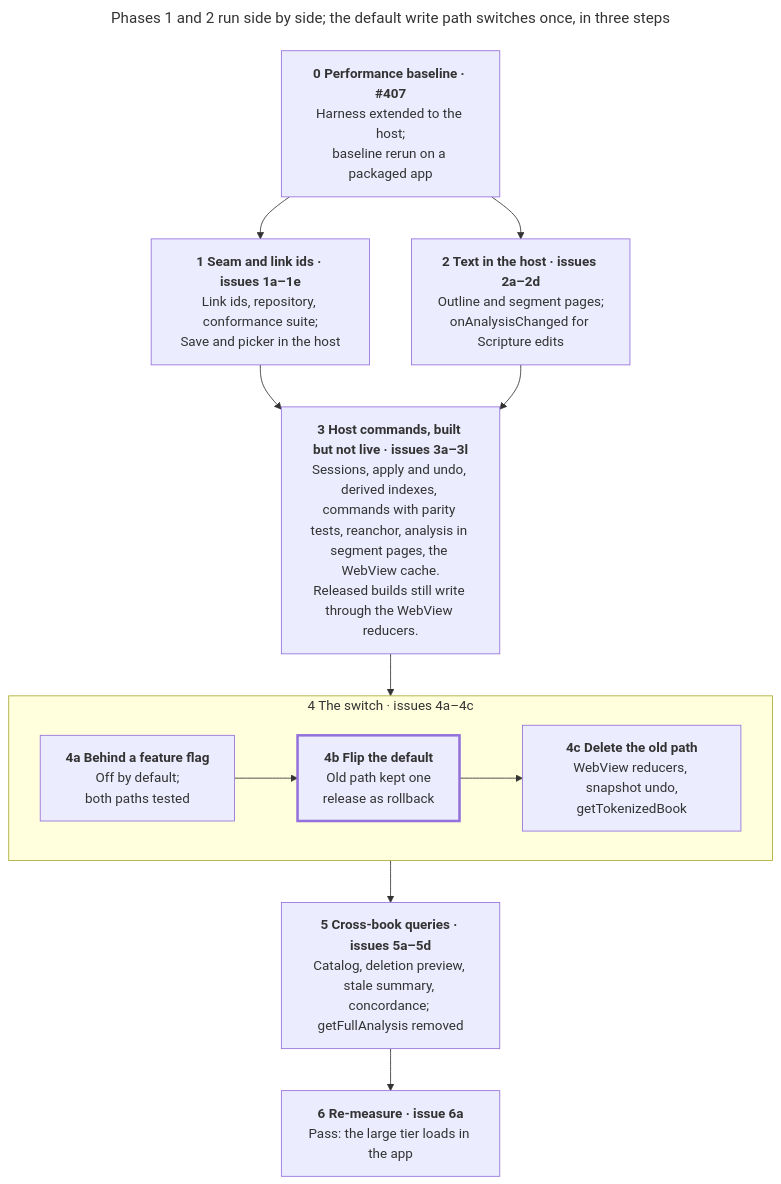
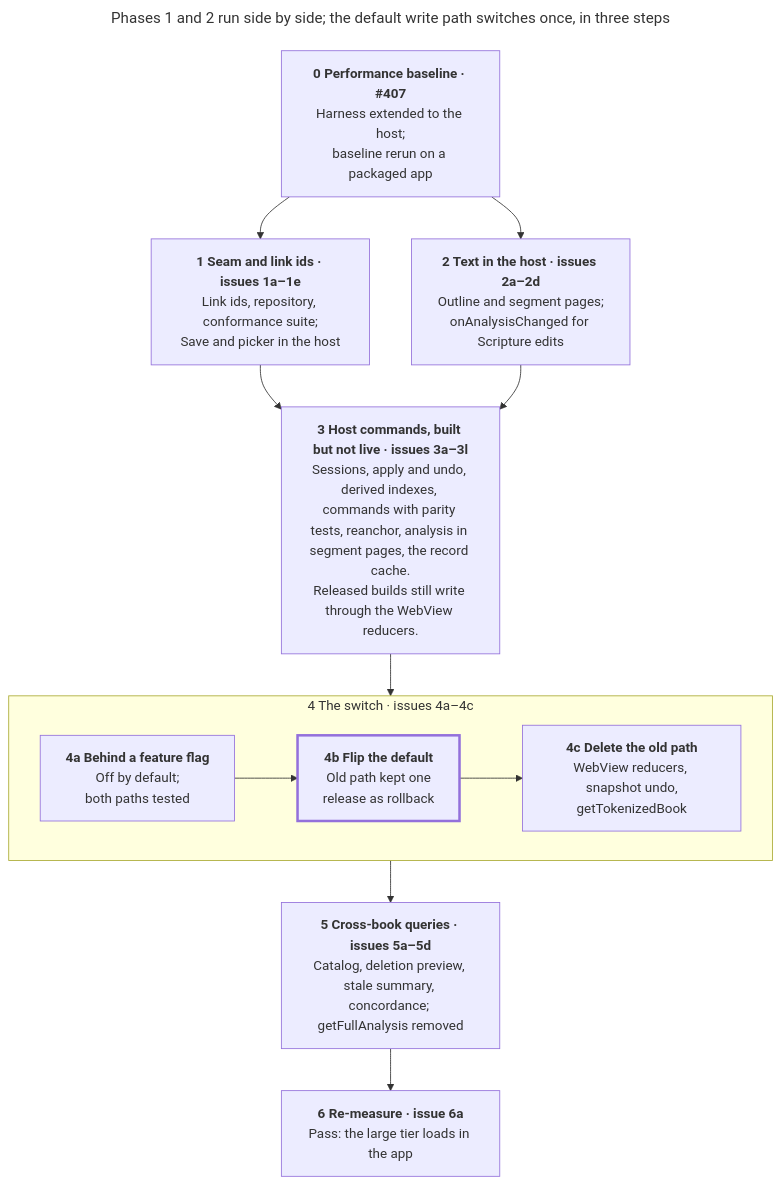
One commit to sillsdev/interlinearizer-extension changed the second of 2 diagrams in docs/data-layer-plan/plan.md. Above: the diagram before and after it, drawn with Mermaid. The commit also changed other lines of this file, not shown here.

````diff
--- a/docs/data-layer-plan/plan.md
+++ b/docs/data-layer-plan/plan.md
@@ -109,24 +109,24 @@
 ```mermaid
 ---
 title: Phases 1 and 2 run side by side; the default write path switches once, in three steps
 ---
 flowchart TB
   p0["<b>0 Performance baseline · #407</b><br/>Harness extended to the host;<br/>baseline rerun on a packaged app"]
   p1["<b>1 Seam and link ids · issues 1a–1e</b><br/>Link ids, repository, conformance suite;<br/>Save and picker in the host"]
   p2["<b>2 Text in the host · issues 2a–2d</b><br/>Outline and segment pages;<br/>onAnalysisChanged for Scripture edits"]
-  p3["<b>3 Host commands, built but not live · issues 3a–3l</b><br/>Sessions, apply and undo, derived indexes, commands with parity tests, reanchor, analysis in segment pages, the WebView cache.<br/>Released builds still write through the WebView reducers."]
+  p3["<b>3 Host commands, built but not live · issues 3a–3l</b><br/>Sessions, apply and undo, derived indexes, commands with parity tests, reanchor, analysis in segment pages, the record cache.<br/>Released builds still write through the WebView reducers."]
   subgraph p4["4 The switch · issues 4a–4c"]
     direction LR
     p4a["<b>4a Behind a feature flag</b><br/>Off by default;<br/>both paths tested"]
     p4b["<b>4b Flip the default</b><br/>Old path kept one<br/>release as rollback"]
     p4c["<b>4c Delete the old path</b><br/>WebView reducers, snapshot undo,<br/>getTokenizedBook"]
     p4a --> p4b --> p4c
   end
   p5["<b>5 Cross-book queries · issues 5a–5d</b><br/>Catalog, deletion preview, stale summary, concordance; getFullAnalysis removed"]
   p6["<b>6 Re-measure · issue 6a</b><br/>Pass: the large tier loads in the app"]
   p0 --> p1 & p2
   p1 & p2 --> p3
   p3 --> p4 --> p5 --> p6
   classDef flip stroke-width:3px
   class p4b flip
 ```
````
